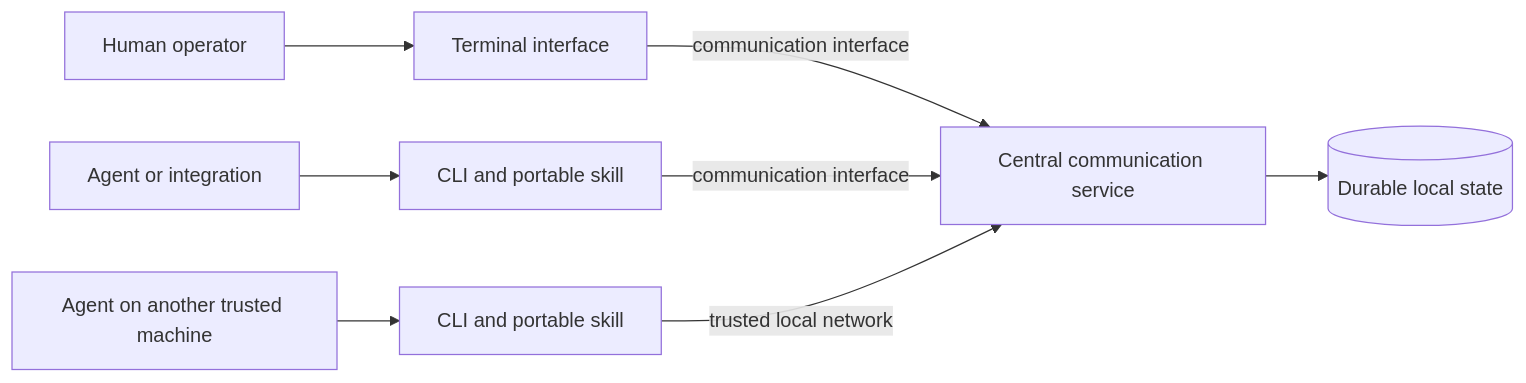
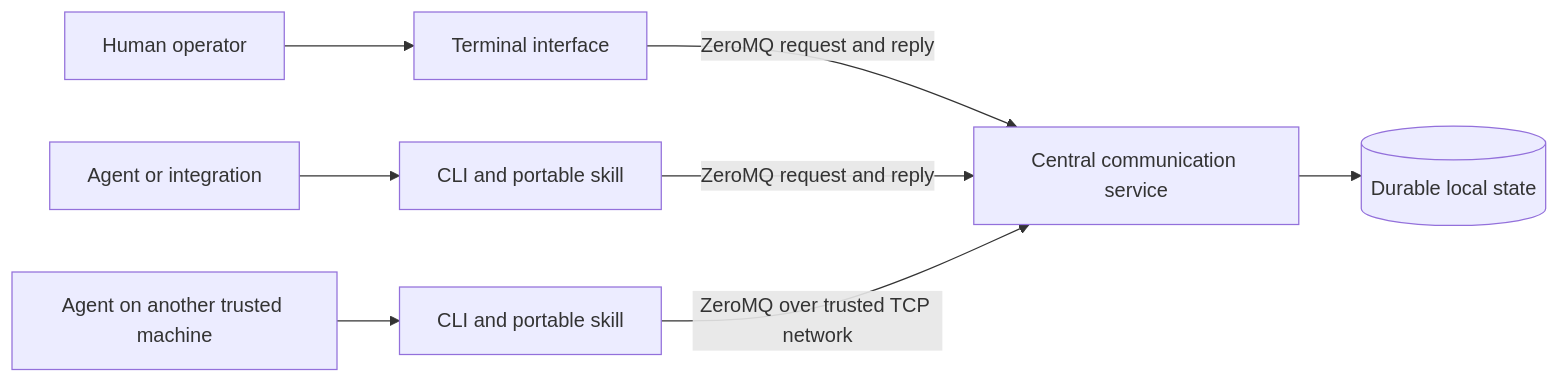
The diagram in docs/architecture.md (Maxattax97/aviary), drawn with Mermaid before and after one commit. The commit also changed other lines of this file and 4 other files, not shown here.

Commit message:
docs: adopt ZeroMQ architecture

````diff
--- a/docs/architecture.md
+++ b/docs/architecture.md
@@ -13,10 +13,10 @@
 ```mermaid
 flowchart LR
     H[Human operator] --> T[Terminal interface]
     A[Agent or integration] --> C[CLI and portable skill]
     B[Agent on another trusted machine] --> D[CLI and portable skill]
-    T -->|communication interface| S[Central communication service]
-    C -->|communication interface| S
-    D -->|trusted local network| S
+    T -->|ZeroMQ request and reply| S[Central communication service]
+    C -->|ZeroMQ request and reply| S
+    D -->|ZeroMQ over trusted TCP network| S
     S --> P[(Durable local state)]
 ```
````
